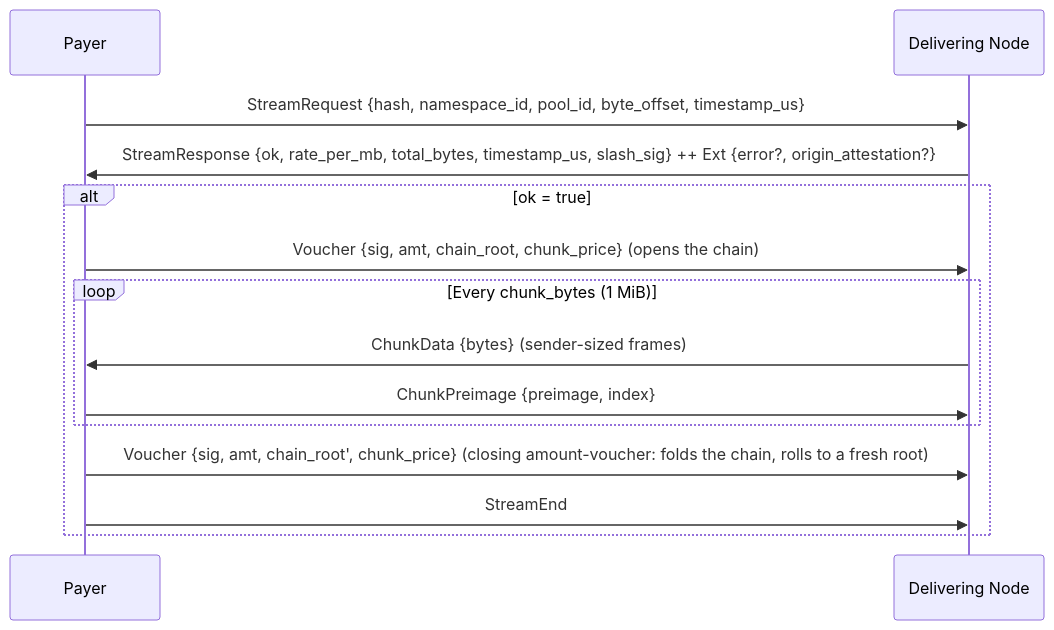
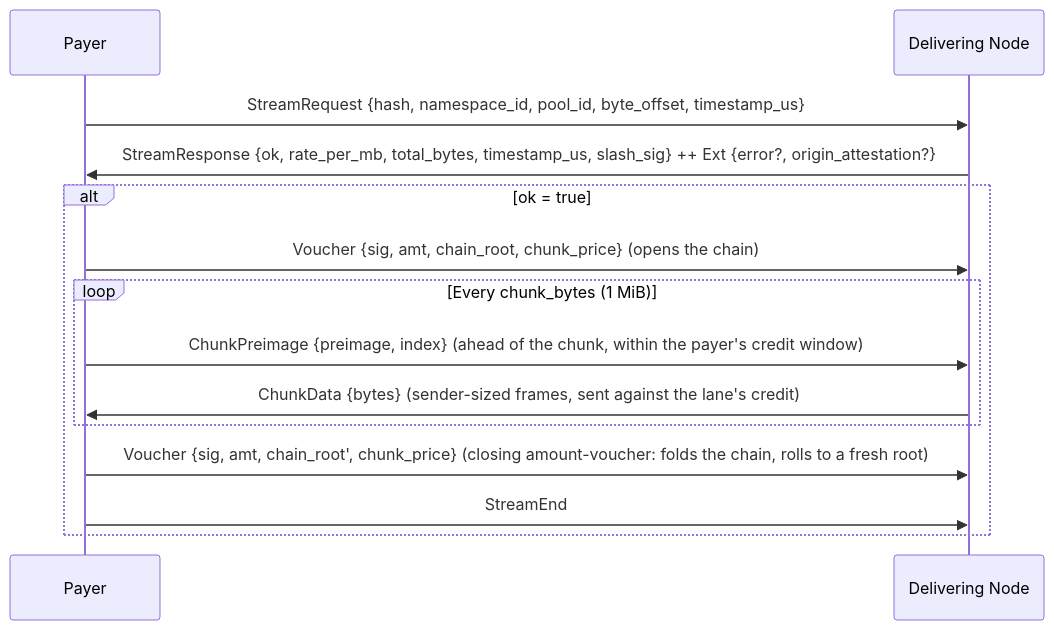
Before and after one commit to decdn/decdn: the second of 3 diagrams in adr/005-protocol.md, drawn with Mermaid. The commit also changed other lines of this file and 2 other files, not shown here.

First line of the commit message:
docs(adr)!: the payer fronts credit and a node proves the blob size

````diff
--- a/adr/005-protocol.md
+++ b/adr/005-protocol.md
@@ -99,18 +99,18 @@
 ```mermaid
 sequenceDiagram
     participant P as Payer
     participant D as Delivering Node
 
     P->>D: StreamRequest {hash, namespace_id, pool_id, byte_offset, timestamp_us}
     D->>P: StreamResponse {ok, rate_per_mb, total_bytes, timestamp_us, slash_sig} ++ Ext {error?, origin_attestation?}
 
     alt ok = true
         P->>D: Voucher {sig, amt, chain_root, chunk_price} (opens the chain)
         loop Every chunk_bytes (1 MiB)
-            D->>P: ChunkData {bytes} (sender-sized frames)
-            P->>D: ChunkPreimage {preimage, index}
+            P->>D: ChunkPreimage {preimage, index} (ahead of the chunk, within the payer's credit window)
+            D->>P: ChunkData {bytes} (sender-sized frames, sent against the lane's credit)
         end
         P->>D: Voucher {sig, amt, chain_root', chunk_price} (closing amount-voucher: folds the chain, rolls to a fresh root)
         P->>D: StreamEnd
     end
 ```
````
